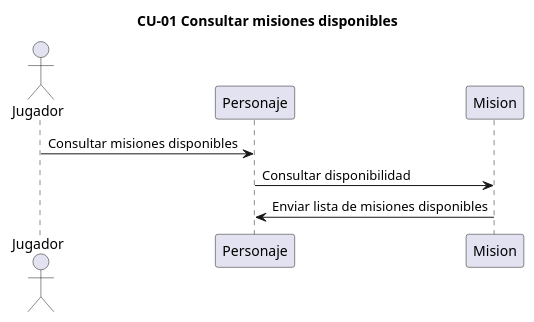
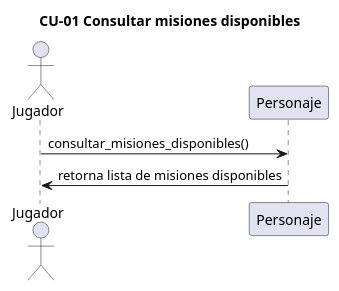
The diagram in salida/diagramas/04_secuencia_CU-01.puml (stephannynayleth01-coder/analisis-final-g4), drawn with PlantUML before and after one commit. The commit also changed 18 other files, not shown here.

```diff
--- a/salida/diagramas/04_secuencia_CU-01.puml
+++ b/salida/diagramas/04_secuencia_CU-01.puml
@@ -1,11 +1,9 @@
 @startuml
 ' Generado por spec2code. Es una PROPUESTA del pipeline: audítala contra la spec.
 title CU-01 Consultar misiones disponibles
 actor "Jugador" as P1
 participant "Personaje" as P2
-participant "Mision" as P3
 
-P1 -> P2 : Consultar misiones disponibles
-P2 -> P3 : Consultar disponibilidad
-P3 -> P2 : Enviar lista de misiones disponibles
+P1 -> P2 : consultar_misiones_disponibles()
+P2 -> P1 : retorna lista de misiones disponibles
 @enduml
```
